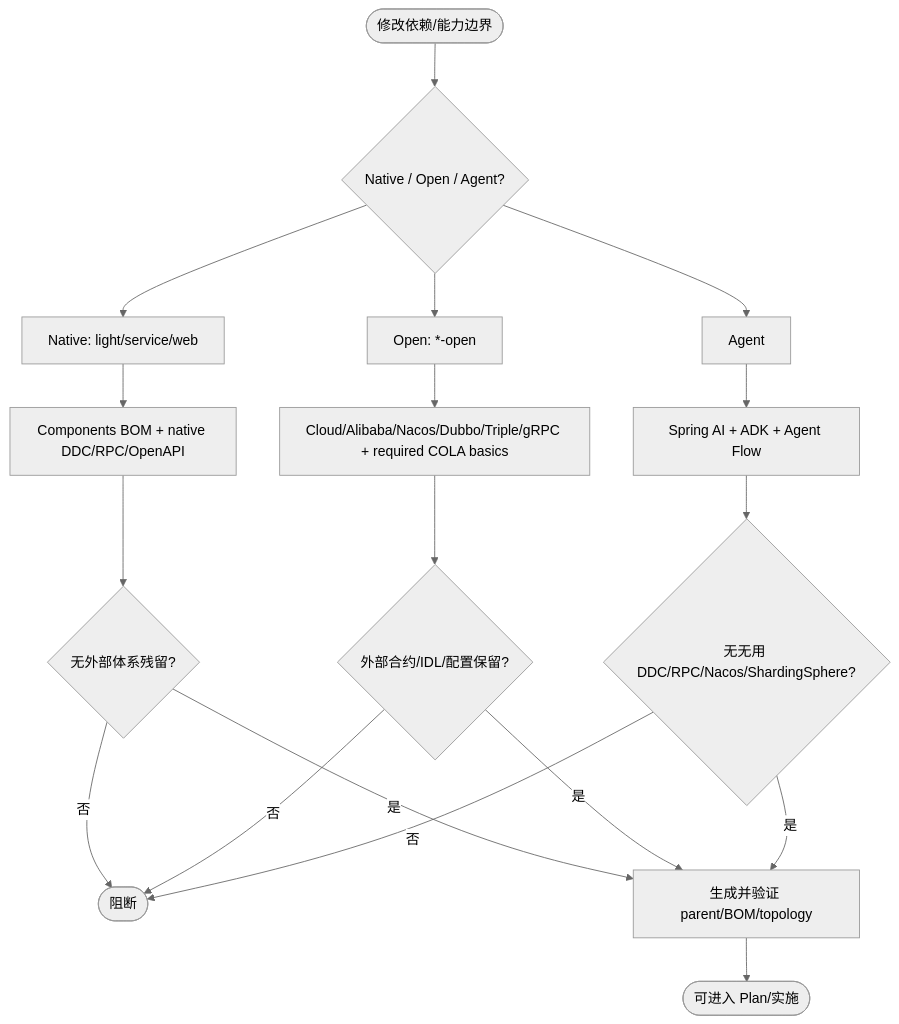
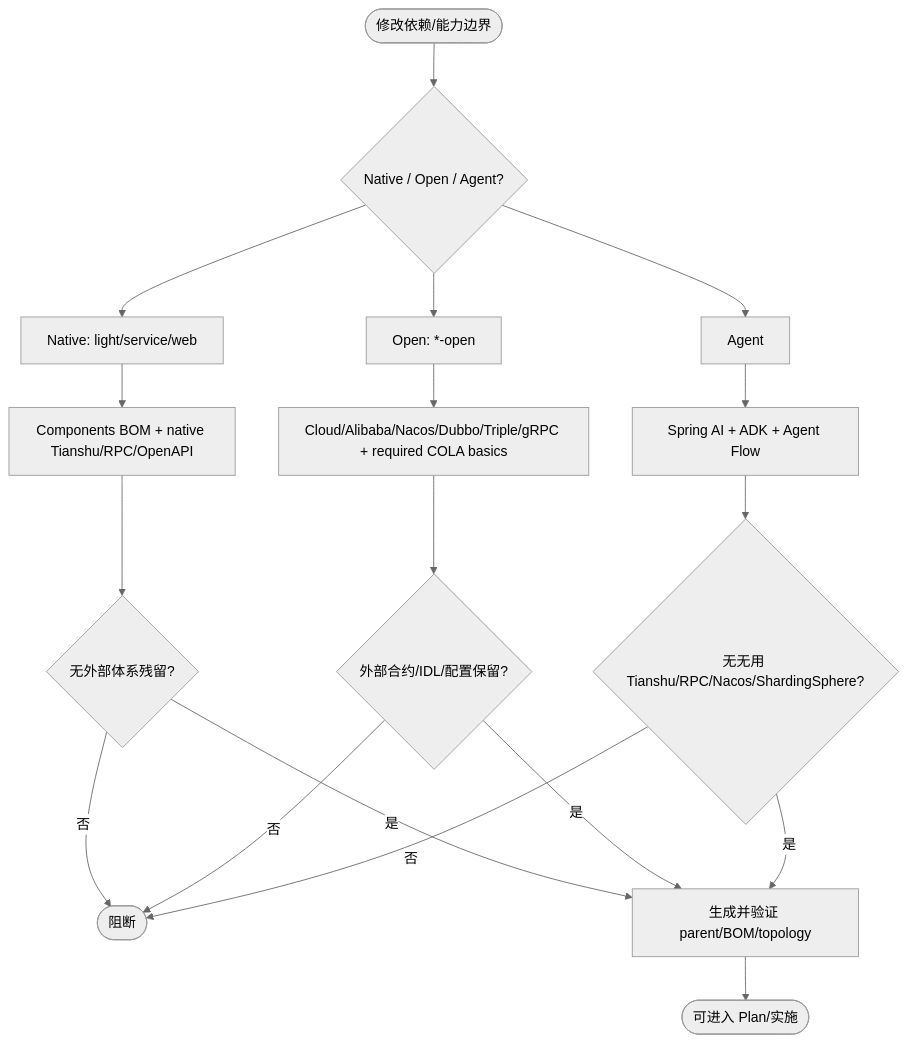
The second of 3 diagrams in docs/egon/spec/2026-09-07-16-52-archetype-native-open-dependency-governance.md (AllenDEricDAlexander/Egon-COLA), drawn with Mermaid (neutral theme) before and after one commit. The commit also changed other lines of this file and 233 other files, not shown here.

````diff
--- a/docs/egon/spec/2026-09-07-16-52-archetype-native-open-dependency-governance.md
+++ b/docs/egon/spec/2026-09-07-16-52-archetype-native-open-dependency-governance.md
@@ -307,20 +307,20 @@
 ```mermaid
 flowchart TD
     Start([修改依赖/能力边界]) --> Classify{Native / Open / Agent?}
     Classify --> Native[Native: light/service/web]
     Classify --> Open[Open: *-open]
     Classify --> Agent[Agent]
-    Native --> NativeDeps[Components BOM + native DDC/RPC/OpenAPI]
+    Native --> NativeDeps[Components BOM + native Tianshu/RPC/OpenAPI]
     Open --> OpenDeps[Cloud/Alibaba/Nacos/Dubbo/Triple/gRPC + required COLA basics]
     Agent --> AgentDeps[Spring AI + ADK + Agent Flow]
     NativeDeps --> StaticScan{无外部体系残留?}
     OpenDeps --> OpenScan{外部合约/IDL/配置保留?}
-    AgentDeps --> AgentScan{无无用 DDC/RPC/Nacos/ShardingSphere?}
+    AgentDeps --> AgentScan{无无用 Tianshu/RPC/Nacos/ShardingSphere?}
     StaticScan -->|否| Fail([阻断])
     OpenScan -->|否| Fail
     AgentScan -->|否| Fail
     StaticScan -->|是| Generate[生成并验证 parent/BOM/topology]
     OpenScan -->|是| Generate
     AgentScan -->|是| Generate
     Generate --> Success([可进入 Plan/实施])
 ```
````
